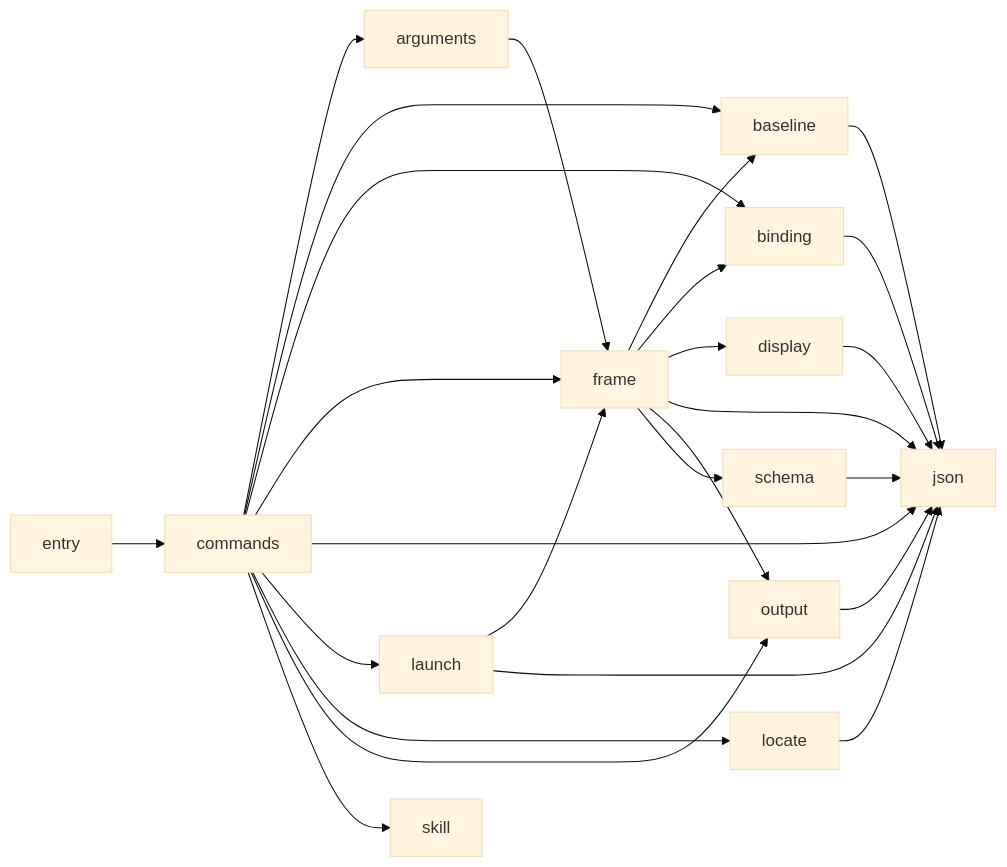
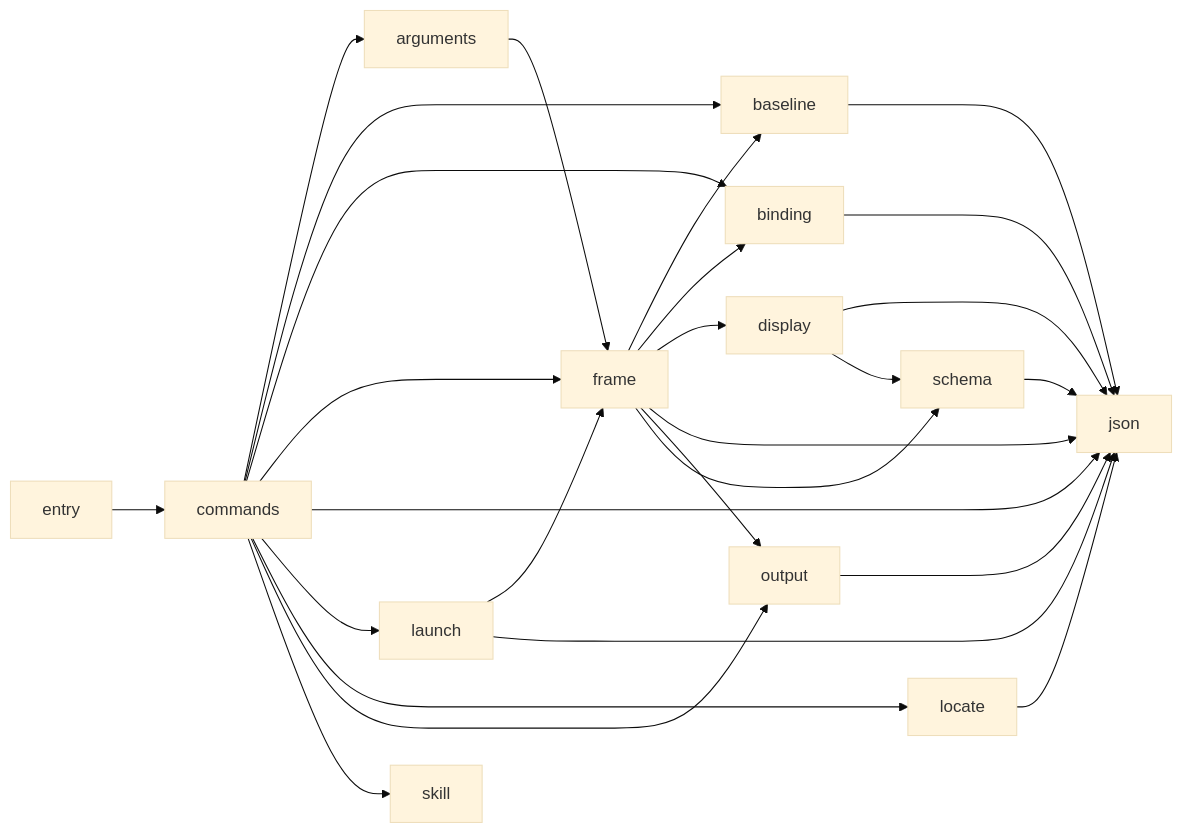
One commit to rapiddweller/archkeel changed the diagram in docs/architecture/shell.md. Above: the diagram before and after it, drawn with Mermaid (base theme). The commit also changed 14 other files, not shown here.

Commit message:
Type each section row kind, state the frame protocol and the explain limits in the schema (AD-600, Part of #880)

````diff
--- a/docs/architecture/shell.md
+++ b/docs/architecture/shell.md
@@ -49,41 +49,42 @@
 ```mermaid
 flowchart LR
     n_0["arguments"]
     n_1["baseline"]
     n_2["binding"]
     n_3["commands"]
     n_4["display"]
     n_5["entry"]
     n_6["frame"]
     n_7["json"]
     n_8["launch"]
     n_9["locate"]
     n_10["output"]
     n_11["schema"]
     n_12["skill"]
     n_0 --> n_6
     n_1 --> n_7
     n_2 --> n_7
     n_3 --> n_0
     n_3 --> n_1
     n_3 --> n_2
     n_3 --> n_6
     n_3 --> n_7
     n_3 --> n_8
     n_3 --> n_9
     n_3 --> n_10
     n_3 --> n_12
     n_4 --> n_7
+    n_4 --> n_11
     n_5 --> n_3
     n_6 --> n_1
     n_6 --> n_2
     n_6 --> n_4
     n_6 --> n_7
     n_6 --> n_10
     n_6 --> n_11
     n_8 --> n_6
     n_8 --> n_7
     n_9 --> n_7
     n_10 --> n_7
     n_11 --> n_7
 ```
````
